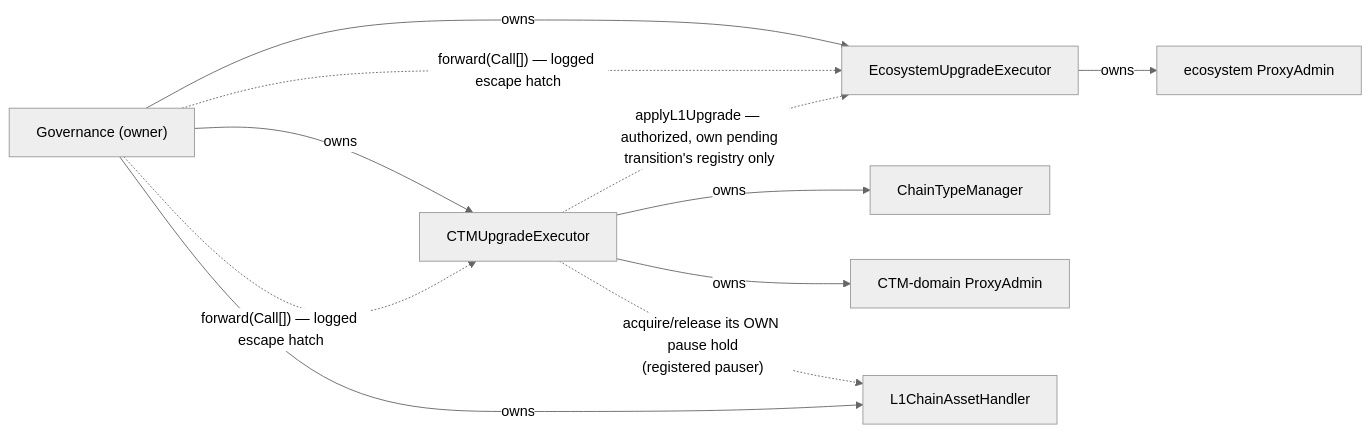
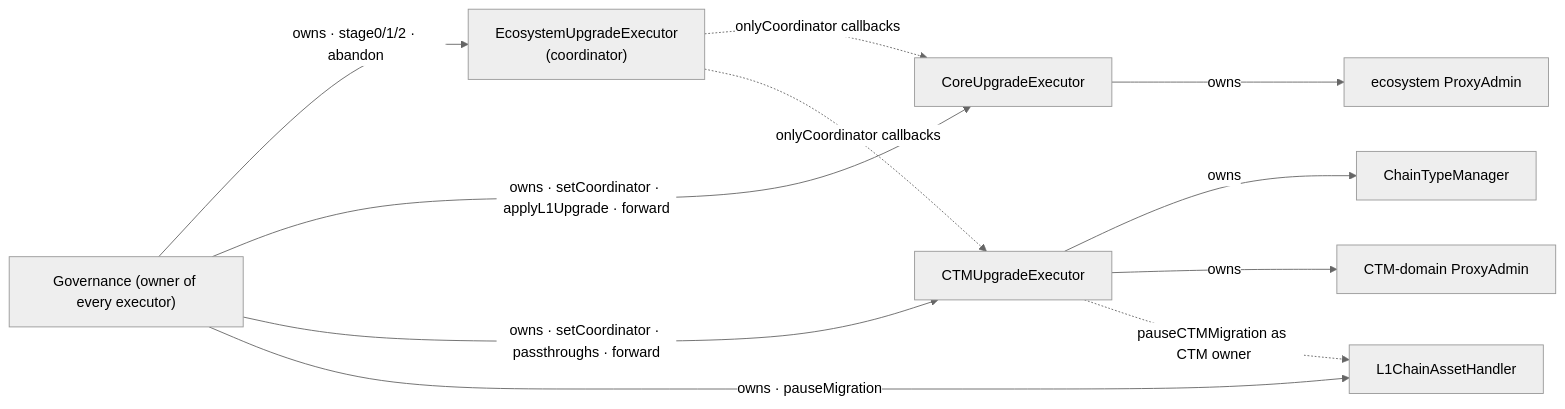
Before and after one commit to matter-labs/era-contracts: the second of 3 diagrams in docs/registry-driven-upgrades.md, drawn with Mermaid (neutral theme). The commit also changed other lines of this file and 8 other files, not shown here.

First line of the commit message:
docs(upgrades): one architecture doc, one runbook, one coordinator spec

````diff
--- a/docs/registry-driven-upgrades.md
+++ b/docs/registry-driven-upgrades.md
@@ -202,19 +167,22 @@
 ```mermaid
 flowchart LR
-    PUH["Governance (owner)"]
-    CTMEXE["CTMUpgradeExecutor"]
-    ECOEXE["EcosystemUpgradeExecutor"]
+    PUH["Governance (owner of every executor)"]
+    EE["EcosystemUpgradeExecutor<br/>(coordinator)"]
+    CO["CoreUpgradeExecutor"]
+    CE["CTMUpgradeExecutor"]
+    PA["ecosystem ProxyAdmin"]
+    CPA["CTM-domain ProxyAdmin"]
     CTM["ChainTypeManager"]
-    PA["ecosystem ProxyAdmin"]
+    CAH["L1ChainAssetHandler"]
 
-    PUH -->|owns| CTMEXE
-    PUH -->|owns| ECOEXE
-    PUH -.->|"forward(Call[]) — logged escape hatch"| CTMEXE
-    PUH -.->|"forward(Call[]) — logged escape hatch"| ECOEXE
-    CTMEXE -->|owns| CTM
-    CTMEXE -->|owns| CTMPA["CTM-domain ProxyAdmin"]
-    ECOEXE -->|owns| PA
-    CTMEXE -.->|"applyL1Upgrade — authorized, own pending<br/>transition's registry only"| ECOEXE
-    CTMEXE -.->|"acquire/release its OWN pause hold<br/>(registered pauser)"| CAH["L1ChainAssetHandler"]
-    PUH -->|owns| CAH
+    PUH -->|"owns · stage0/1/2 · abandon"| EE
+    PUH -->|"owns · setCoordinator · applyL1Upgrade · forward"| CO
+    PUH -->|"owns · setCoordinator · passthroughs · forward"| CE
+    PUH -->|"owns · pauseMigration"| CAH
+    EE -.->|"onlyCoordinator callbacks"| CO
+    EE -.->|"onlyCoordinator callbacks"| CE
+    CO -->|owns| PA
+    CE -->|owns| CTM
+    CE -->|owns| CPA
+    CE -.->|"pauseCTMMigration as CTM owner"| CAH
 ```
````
